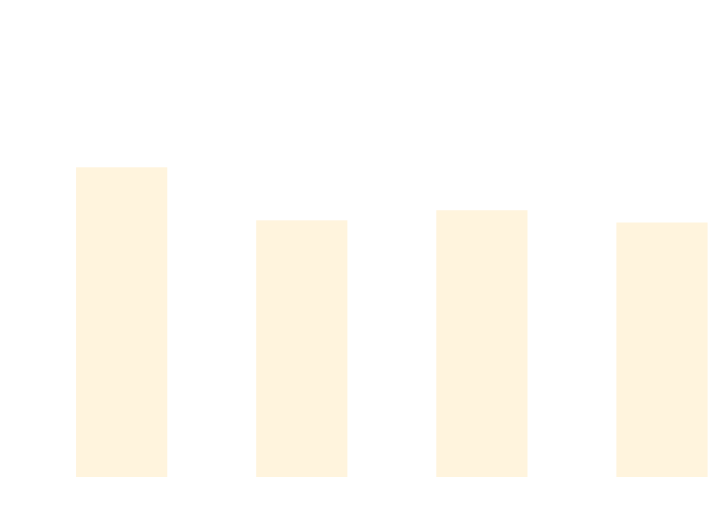
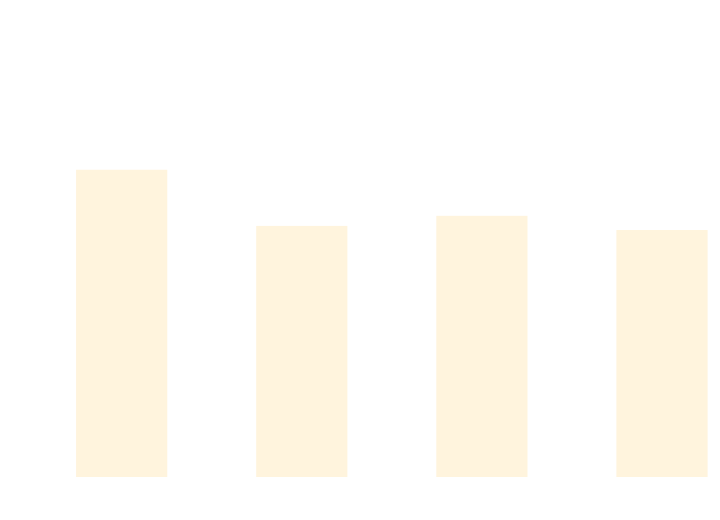
One commit to thomhurst/TUnit changed the diagram in docs/docs/benchmarks/BuildTime.md. Above: the diagram before and after it, drawn with Mermaid. The commit also changed other lines of this file and 17 other files, not shown here.

````diff
--- a/docs/docs/benchmarks/BuildTime.md
+++ b/docs/docs/benchmarks/BuildTime.md
@@ -28,37 +28,37 @@
 ```mermaid
 %%{init: {
   'theme':'base',
   'themeVariables': {
     'primaryColor': '#2563eb',
     'primaryTextColor': '#ffffff',
     'primaryBorderColor': '#1e40af',
     'lineColor': '#6b7280',
     'secondaryColor': '#7c3aed',
     'tertiaryColor': '#dc2626',
     'background': '#ffffff',
     'mainBkg': '#2563eb',
     'secondBkg': '#7c3aed',
     'tertiaryBkg': '#dc2626',
     'clusterBkg': '#f3f4f6',
     'edgeLabelBackground': '#ffffff',
     'tertiaryTextColor': '#1f2937',
     'pie1': '#2563eb',
     'pie2': '#7c3aed',
     'pie3': '#dc2626',
     'pie4': '#f59e0b',
     'pie5': '#10b981',
     'pie6': '#06b6d4',
     'pie7': '#ec4899',
     'pie8': '#6366f1',
     'pie9': '#84cc16',
     'pie10': '#f97316',
     'pie11': '#14b8a6',
     'pie12': '#a855f7'
   }
 }}%%
 xychart-beta
   title "Build Time Comparison"
   x-axis ["Build_TUnit", "Build_NUnit", "Build_MSTest", "Build_xUnit3"]
   y-axis "Time (s)" 0 --> 3
-  bar [2.213, 1.824, 1.898, 1.808]
+  bar [2.195, 1.783, 1.857, 1.753]
 ```
````
